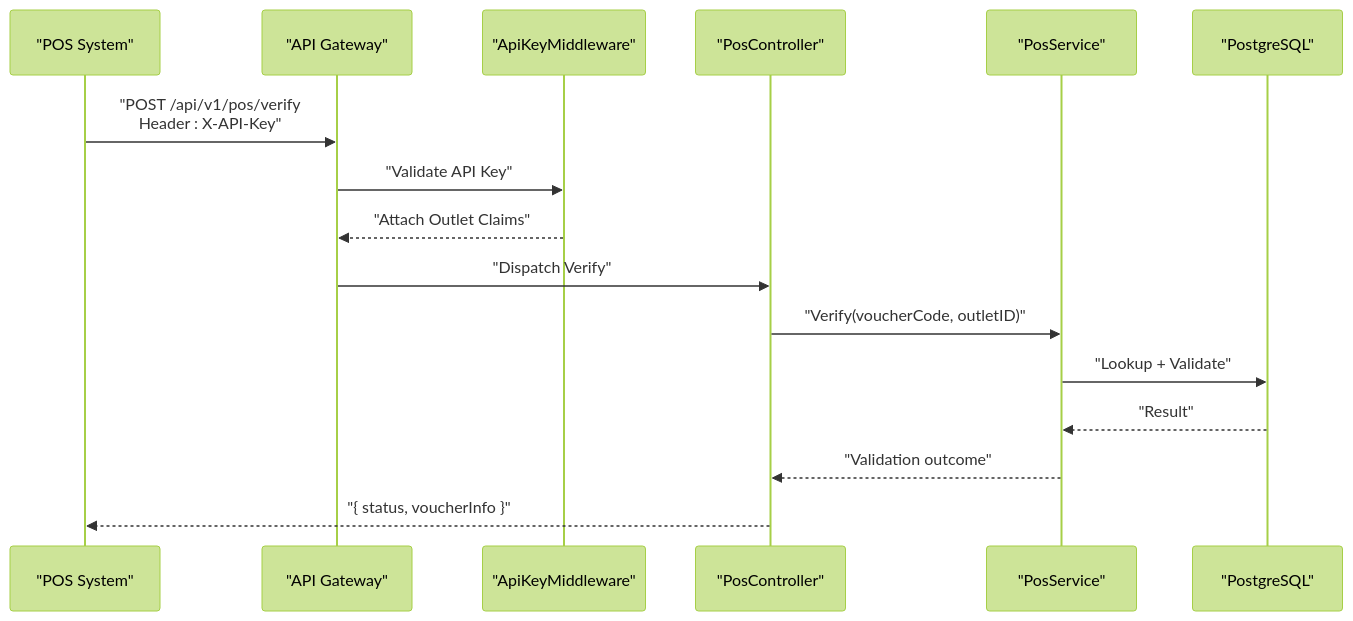
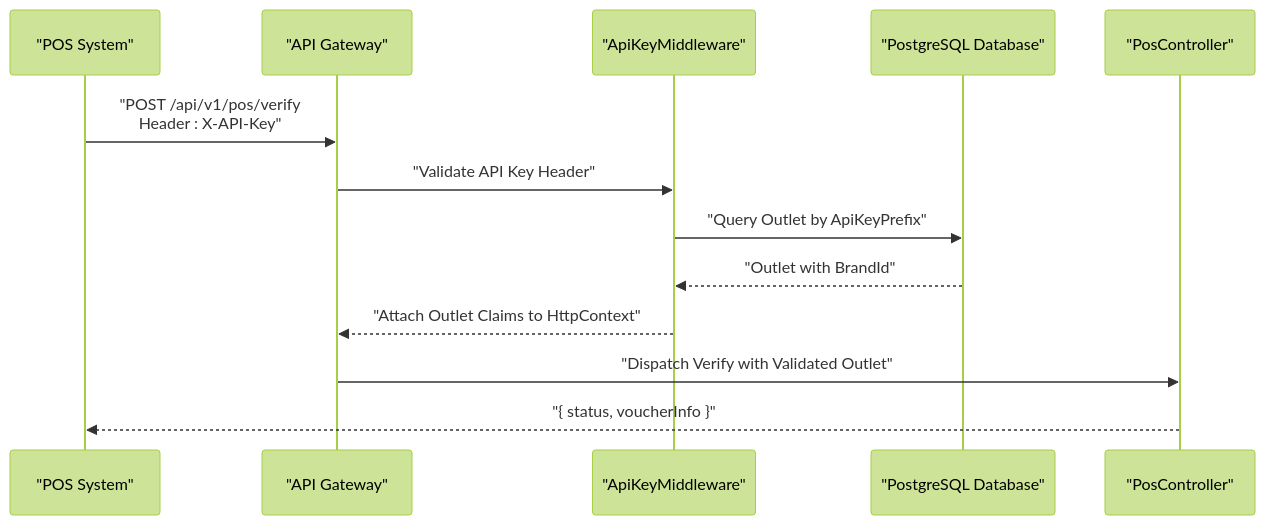
Before and after one commit to lamhongbac/NonCash: the fifth of 8 diagrams in .qoder/repowiki/en/content/System Architecture/Security Architecture.md, drawn with Mermaid (forest theme). The commit also changed other lines of this file and 13 other files, not shown here.

````diff
--- a/.qoder/repowiki/en/content/System Architecture/Security Architecture.md
+++ b/.qoder/repowiki/en/content/System Architecture/Security Architecture.md
@@ -225,18 +292,15 @@
 ```mermaid
 sequenceDiagram
 participant POS as "POS System"
 participant API as "API Gateway"
 participant KeyMW as "ApiKeyMiddleware"
+participant DB as "PostgreSQL Database"
 participant PosCtrl as "PosController"
-participant PosSvc as "PosService"
-participant DB as "PostgreSQL"
 POS->>API : "POST /api/v1/pos/verify<br/>Header : X-API-Key"
-API->>KeyMW : "Validate API Key"
-KeyMW-->>API : "Attach Outlet Claims"
-API->>PosCtrl : "Dispatch Verify"
-PosCtrl->>PosSvc : "Verify(voucherCode, outletID)"
-PosSvc->>DB : "Lookup + Validate"
-DB-->>PosSvc : "Result"
-PosSvc-->>PosCtrl : "Validation outcome"
+API->>KeyMW : "Validate API Key Header"
+KeyMW->>DB : "Query Outlet by ApiKeyPrefix"
+DB-->>KeyMW : "Outlet with BrandId"
+KeyMW-->>API : "Attach Outlet Claims to HttpContext"
+API->>PosCtrl : "Dispatch Verify with Validated Outlet"
 PosCtrl-->>POS : "{ status, voucherInfo }"
 ```
````
